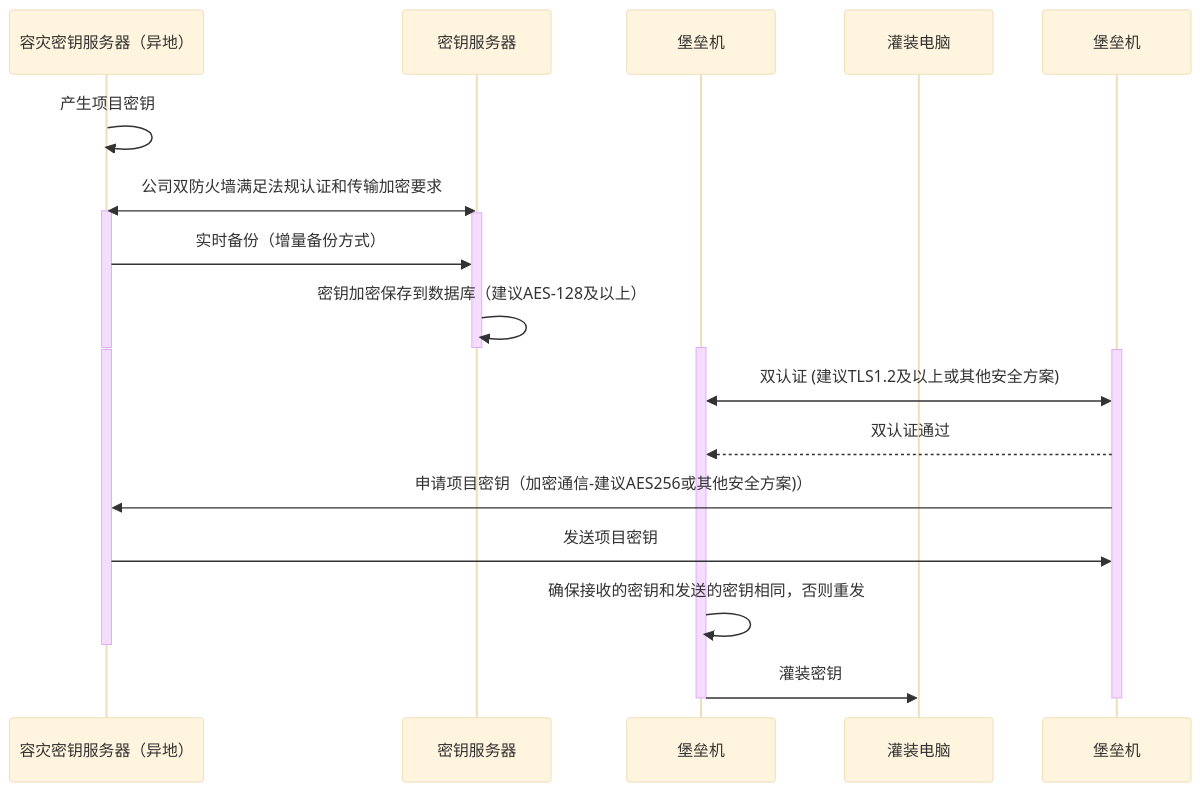
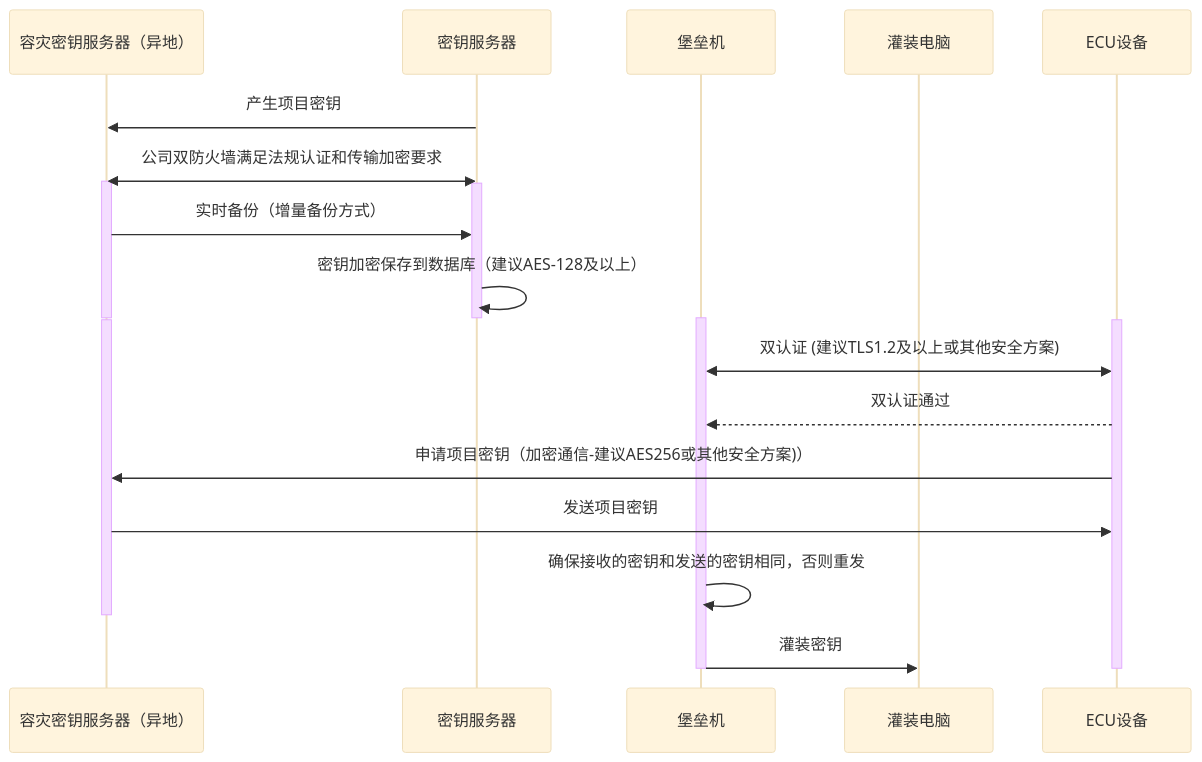
Before and after one commit to facebook-cloud/iodraw-files: the diagram in all/未命名-15.md, drawn with Mermaid (base theme).

Commit message:
2026-02-07 09:59:29 update

````diff
--- a/all/未命名-15.md
+++ b/all/未命名-15.md
@@ -1,34 +1,34 @@
 ```mermaid
 sequenceDiagram
     participant A as 容灾密钥服务器（异地）
     participant B as 密钥服务器
     participant C as 堡垒机
     participant D as 灌装电脑
-    participant E as 堡垒机
+    participant E as ECU设备
 
-    A->>A: 产生项目密钥
+    B->>A: 产生项目密钥
     A<<->>B: 公司双防火墙满足法规认证和传输加密要求
     activate A
     activate B
     A->>B: 实时备份（增量备份方式）
     B->>B: 密钥加密保存到数据库（建议AES-128及以上）
     deactivate B
     deactivate A
 
     activate C
     activate A
     activate E
 
     C<<->>E: 双认证 (建议TLS1.2及以上或其他安全方案)
     E-->>C: 双认证通过
 
     E->>A: 申请项目密钥（加密通信-建议AES256或其他安全方案)）
     A->>E: 发送项目密钥
 
     C->>C: 确保接收的密钥和发送的密钥相同，否则重发
     deactivate A
     C->>D: 灌装密钥
     deactivate C
     deactivate E
 
 ```
````
